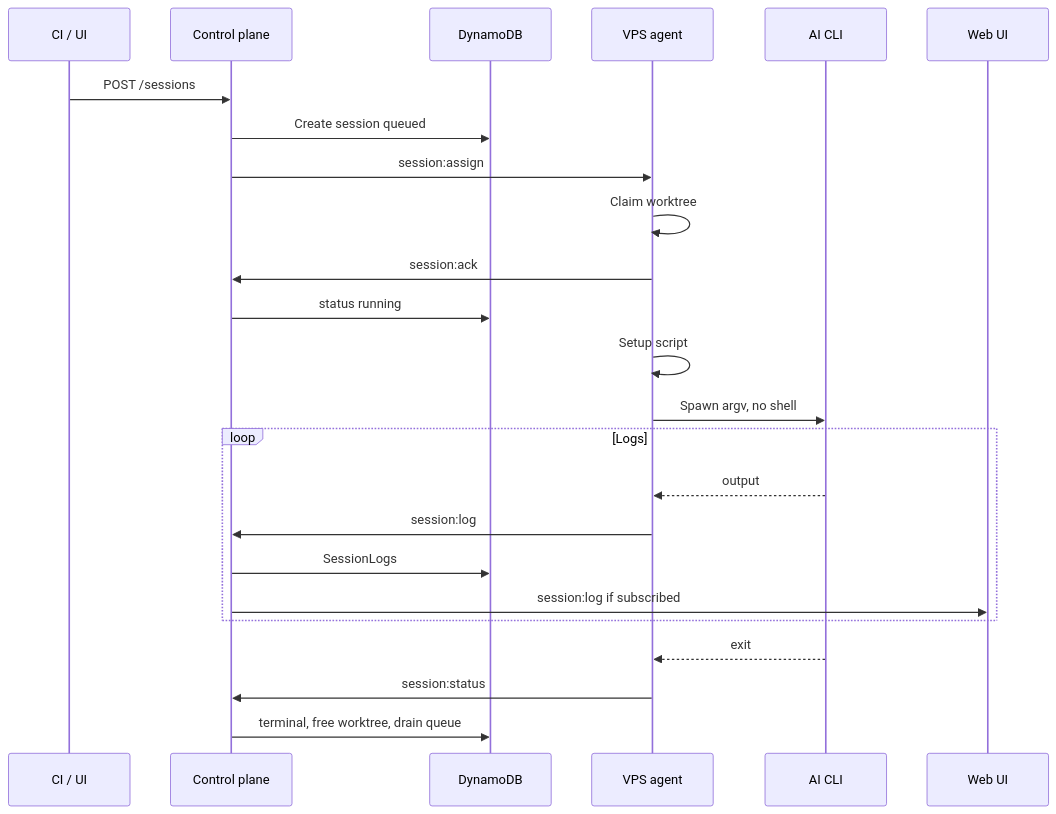
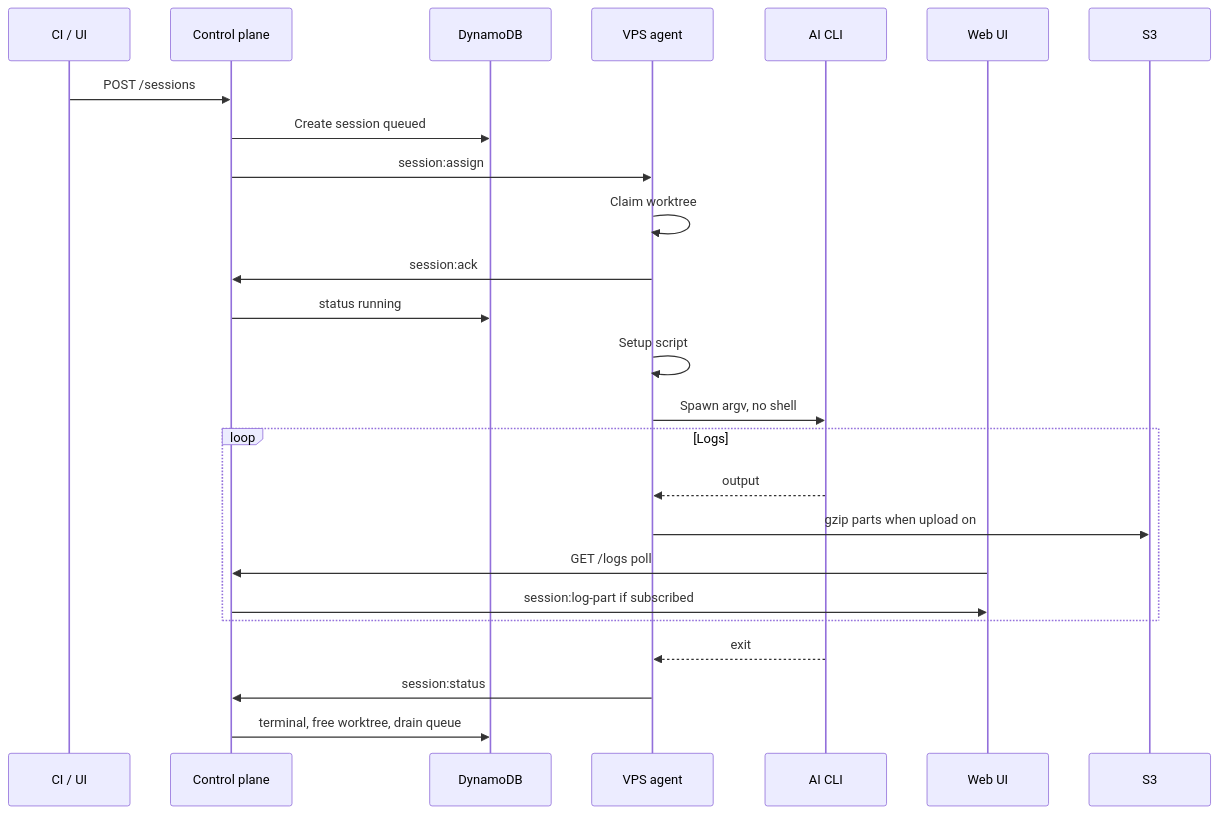
One commit to jonathanong/auto-harness changed the first of 5 diagrams in docs/architecture/session-lifecycle.md. Above: the diagram before and after it, drawn with Mermaid. The commit also changed 71 other files, not shown here.

First line of the commit message:
feat: persist session-log settings, host-pane SSE, drop SessionLogs

````diff
--- a/docs/architecture/session-lifecycle.md
+++ b/docs/architecture/session-lifecycle.md
@@ -24,27 +24,27 @@
 ```mermaid
 sequenceDiagram
     participant CI as CI / UI
     participant API as Control plane
     participant DDB as DynamoDB
     participant Agent as VPS agent
     participant Tool as AI CLI
     participant UI as Web UI
 
     CI->>API: POST /sessions
     API->>DDB: Create session queued
     API->>Agent: session:assign
     Agent->>Agent: Claim worktree
     Agent->>API: session:ack
     API->>DDB: status running
     Agent->>Agent: Setup script
     Agent->>Tool: Spawn argv, no shell
     loop Logs
         Tool-->>Agent: output
-        Agent->>API: session:log
-        API->>DDB: SessionLogs
-        API->>UI: session:log if subscribed
+        Agent->>S3: gzip parts when upload on
+        UI->>API: GET /logs poll
+        API->>UI: session:log-part if subscribed
     end
     Tool-->>Agent: exit
     Agent->>API: session:status
     API->>DDB: terminal, free worktree, drain queue
 ```
````
